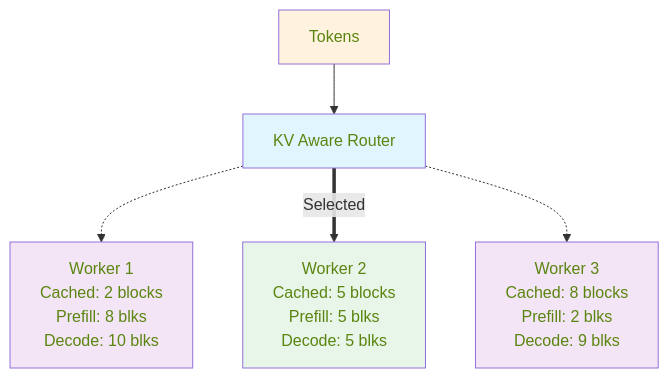
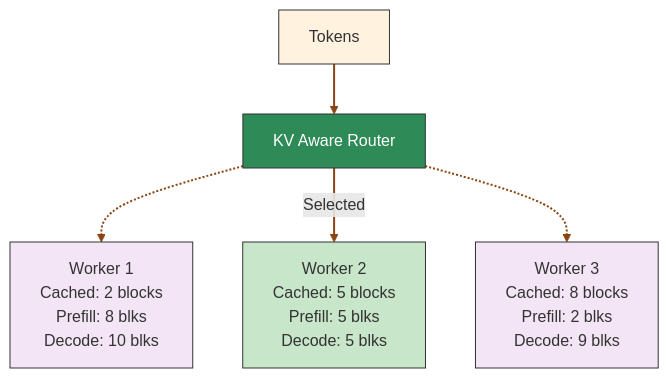
The fifth of 5 diagrams in docs/router/kv_cache_routing.md (ai-dynamo/dynamo), drawn with Mermaid before and after one commit. The commit also changed other lines of this file, not shown here.

````diff
--- a/docs/router/kv_cache_routing.md
+++ b/docs/router/kv_cache_routing.md
@@ -410,14 +416,16 @@
 ```mermaid
 graph TD
     T[Tokens] --> R[KV Aware Router]
 
     R -.-> W1["Worker 1<br/>Cached: 2 blocks<br/>Prefill: 8 blks<br/>Decode: 10 blks"]
     R ==>|Selected| W2["Worker 2<br/>Cached: 5 blocks<br/>Prefill: 5 blks<br/>Decode: 5 blks"]
     R -.-> W3["Worker 3<br/>Cached: 8 blocks<br/>Prefill: 2 blks<br/>Decode: 9 blks"]
 
-    style T fill:#fff3e0,color:#5a850f
-    style R fill:#e1f5fe,color:#5a850f
-    style W1 fill:#f3e5f5,color:#5a850f
-    style W2 fill:#e8f5e9,color:#5a850f
-    style W3 fill:#f3e5f5,color:#5a850f
+    style T fill:#fff3e0,stroke:#333,color:#333
+    style R fill:#2e8b57,stroke:#333,color:#fff
+    style W1 fill:#f3e5f5,stroke:#333,color:#333
+    style W2 fill:#c8e6c9,stroke:#333,color:#333
+    style W3 fill:#f3e5f5,stroke:#333,color:#333
+
+    linkStyle 0,1,2,3 stroke:#8b4513,stroke-width:2px
 ```
````
